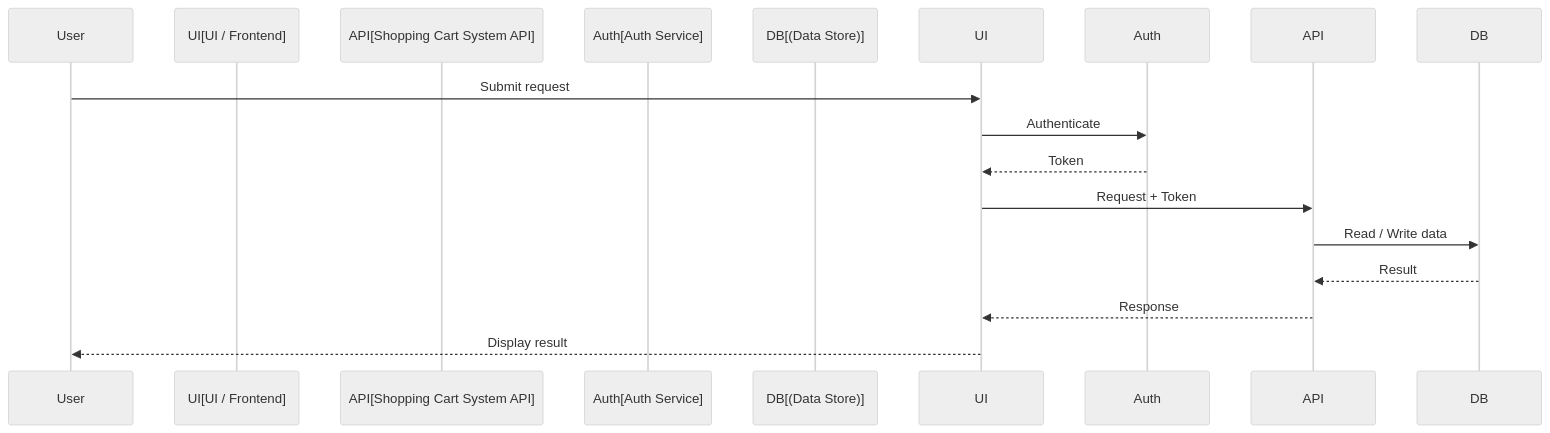
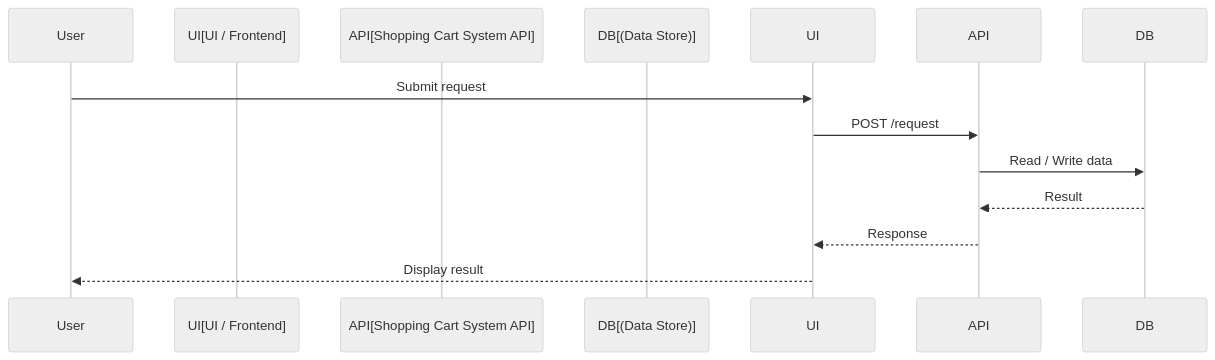
One commit to sumncc/CopilotDemo changed the first of 2 diagrams in doc/lld/shopping-cart-system-lld.md. Above: the diagram before and after it, drawn with Mermaid (neutral theme). The commit also changed other lines of this file, not shown here.

````diff
--- a/doc/lld/shopping-cart-system-lld.md
+++ b/doc/lld/shopping-cart-system-lld.md
@@ -18,17 +18,14 @@
 ```mermaid
 sequenceDiagram
   participant User
   participant UI[UI / Frontend]
   participant API[Shopping Cart System API]
-  participant Auth[Auth Service]
   participant DB[(Data Store)]
 
   User->>UI: Submit request
-  UI->>Auth: Authenticate
-  Auth-->>UI: Token
-  UI->>API: Request + Token
+  UI->>API: POST /request
   API->>DB: Read / Write data
   DB-->>API: Result
   API-->>UI: Response
   UI-->>User: Display result
 ```
````
